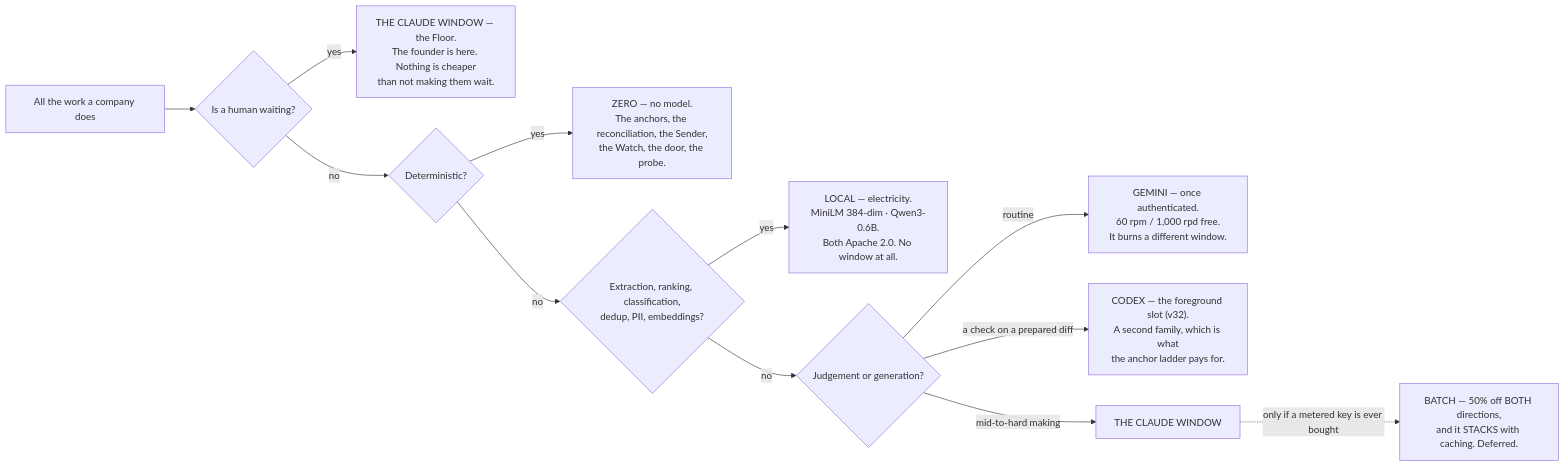
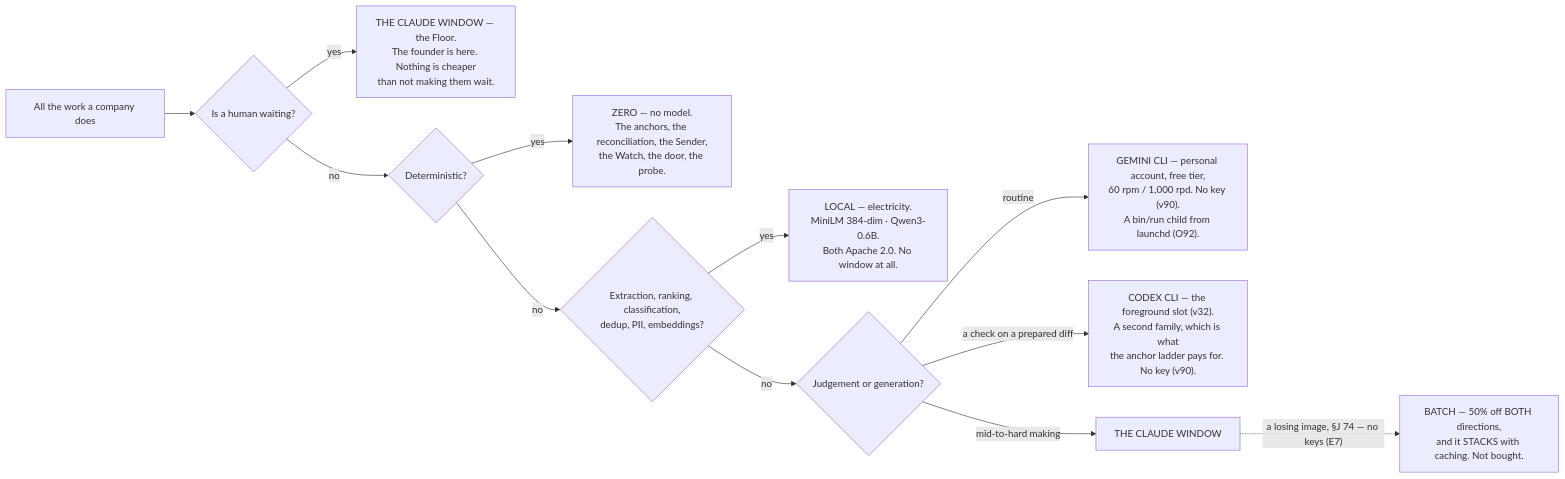
Before and after one commit to Adam077K/agentvibe: the second of 2 diagrams in docs/03-system-design/final-v2/parts/16-economics.md, drawn with Mermaid. The commit also changed other lines of this file and 3 other files, not shown here.

````diff
--- a/docs/03-system-design/final-v2/parts/16-economics.md
+++ b/docs/03-system-design/final-v2/parts/16-economics.md
@@ -186,14 +271,14 @@
 ```mermaid
 flowchart LR
     ALL["All the work a company does"] --> S1{"Is a human waiting?"}
     S1 -->|"yes"| I["THE CLAUDE WINDOW — the Floor.<br/>The founder is here. Nothing is cheaper<br/>than not making them wait."]
     S1 -->|"no"| S2{"Deterministic?"}
     S2 -->|"yes"| Z["ZERO — no model.<br/>The anchors, the reconciliation, the Sender,<br/>the Watch, the door, the probe."]
     S2 -->|"no"| S3{"Extraction, ranking, classification,<br/>dedup, PII, embeddings?"}
     S3 -->|"yes"| L["LOCAL — electricity.<br/>MiniLM 384-dim · Qwen3-0.6B.<br/>Both Apache 2.0. No window at all."]
     S3 -->|"no"| S4{"Judgement or generation?"}
-    S4 -->|"routine"| G["GEMINI — once authenticated.<br/>60 rpm / 1,000 rpd free.<br/>It burns a different window."]
-    S4 -->|"a check on a prepared diff"| CX["CODEX — the foreground slot (v32).<br/>A second family, which is what<br/>the anchor ladder pays for."]
+    S4 -->|"routine"| G["GEMINI CLI — personal account, free tier,<br/>60 rpm / 1,000 rpd. No key (v90).<br/>A bin/run child from launchd (O92)."]
+    S4 -->|"a check on a prepared diff"| CX["CODEX CLI — the foreground slot (v32).<br/>A second family, which is what<br/>the anchor ladder pays for. No key (v90)."]
     S4 -->|"mid-to-hard making"| B["THE CLAUDE WINDOW"]
-    B -.->|"only if a metered key is ever bought"| BATCH["BATCH — 50% off BOTH directions,<br/>and it STACKS with caching. Deferred."]
+    B -.->|"a losing image, §J 74 — no keys (E7)"| BATCH["BATCH — 50% off BOTH directions,<br/>and it STACKS with caching. Not bought."]
 ```
````
